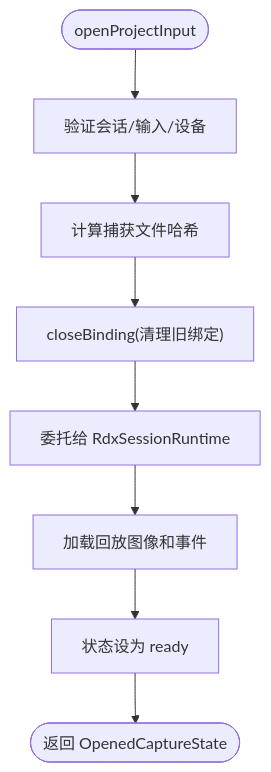
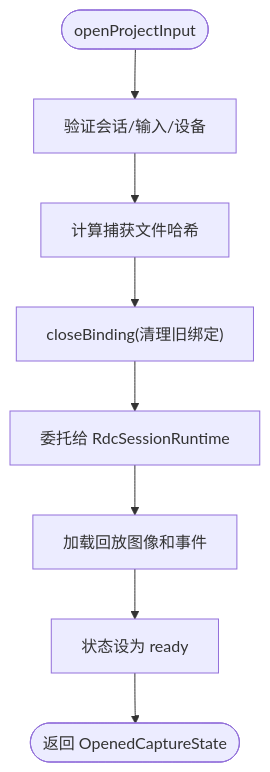
The third of 7 diagrams in .qoder/repowiki/zh/content/核心模块/会话管理系统/会话生命周期管理.md (haolange/RDC-Agent), drawn with Mermaid before and after one commit. The commit also changed other lines of this file and 557 other files, not shown here.

````diff
--- a/.qoder/repowiki/zh/content/核心模块/会话管理系统/会话生命周期管理.md
+++ b/.qoder/repowiki/zh/content/核心模块/会话管理系统/会话生命周期管理.md
@@ -151,10 +151,10 @@
 ```mermaid
 flowchart TD
 Start(["openProjectInput"]) --> Validate["验证会话/输入/设备"]
 Validate --> Hash["计算捕获文件哈希"]
 Hash --> ClosePrev["closeBinding(清理旧绑定)"]
-ClosePrev --> Delegate["委托给 RdxSessionRuntime"]
+ClosePrev --> Delegate["委托给 RdcSessionRuntime"]
 Delegate --> LoadImage["加载回放图像和事件"]
 LoadImage --> Ready["状态设为 ready"]
 Ready --> Return(["返回 OpenedCaptureState"])
 ```
````
